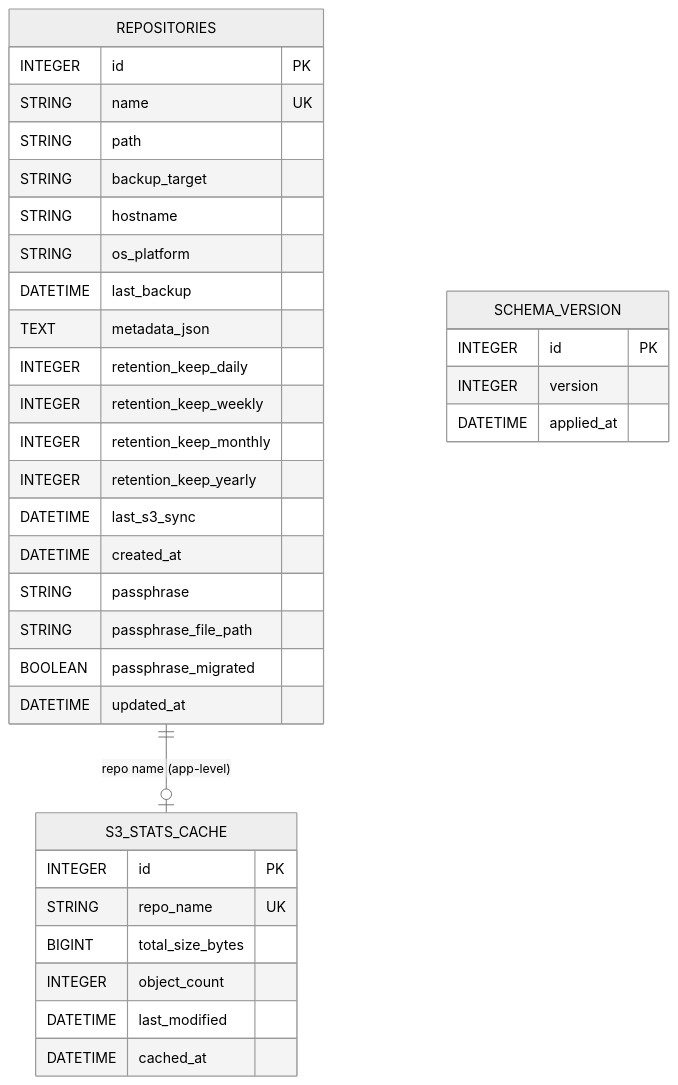
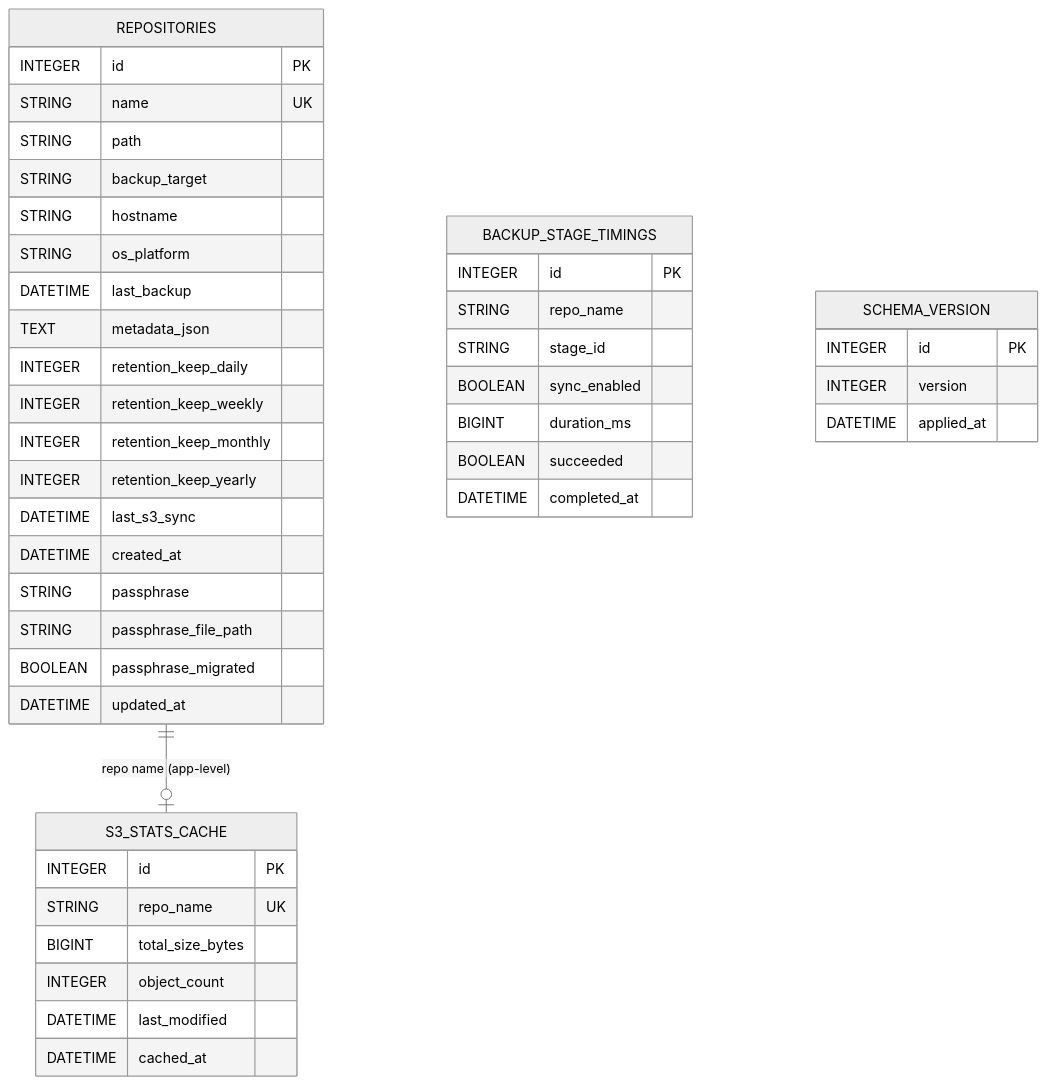
Before and after one commit to fullerzz/borgboi: the second of 2 diagrams in docs/pages/sqlite-database.md, drawn with Mermaid (neutral theme). The commit also changed other lines of this file and 10 other files, not shown here.

````diff
--- a/docs/pages/sqlite-database.md
+++ b/docs/pages/sqlite-database.md
@@ -43,40 +44,50 @@
 ```mermaid
 erDiagram
     REPOSITORIES {
         INTEGER id PK
         STRING name UK
         STRING path
         STRING backup_target
         STRING hostname
         STRING os_platform
         DATETIME last_backup
         TEXT metadata_json
         INTEGER retention_keep_daily
         INTEGER retention_keep_weekly
         INTEGER retention_keep_monthly
         INTEGER retention_keep_yearly
         DATETIME last_s3_sync
         DATETIME created_at
         STRING passphrase
         STRING passphrase_file_path
         BOOLEAN passphrase_migrated
         DATETIME updated_at
     }
 
     S3_STATS_CACHE {
         INTEGER id PK
         STRING repo_name UK
         BIGINT total_size_bytes
         INTEGER object_count
         DATETIME last_modified
         DATETIME cached_at
     }
 
+    BACKUP_STAGE_TIMINGS {
+        INTEGER id PK
+        STRING repo_name
+        STRING stage_id
+        BOOLEAN sync_enabled
+        BIGINT duration_ms
+        BOOLEAN succeeded
+        DATETIME completed_at
+    }
+
     SCHEMA_VERSION {
         INTEGER id PK
         INTEGER version
         DATETIME applied_at
     }
 
     REPOSITORIES ||--o| S3_STATS_CACHE : "repo name (app-level)"
 ```
````
